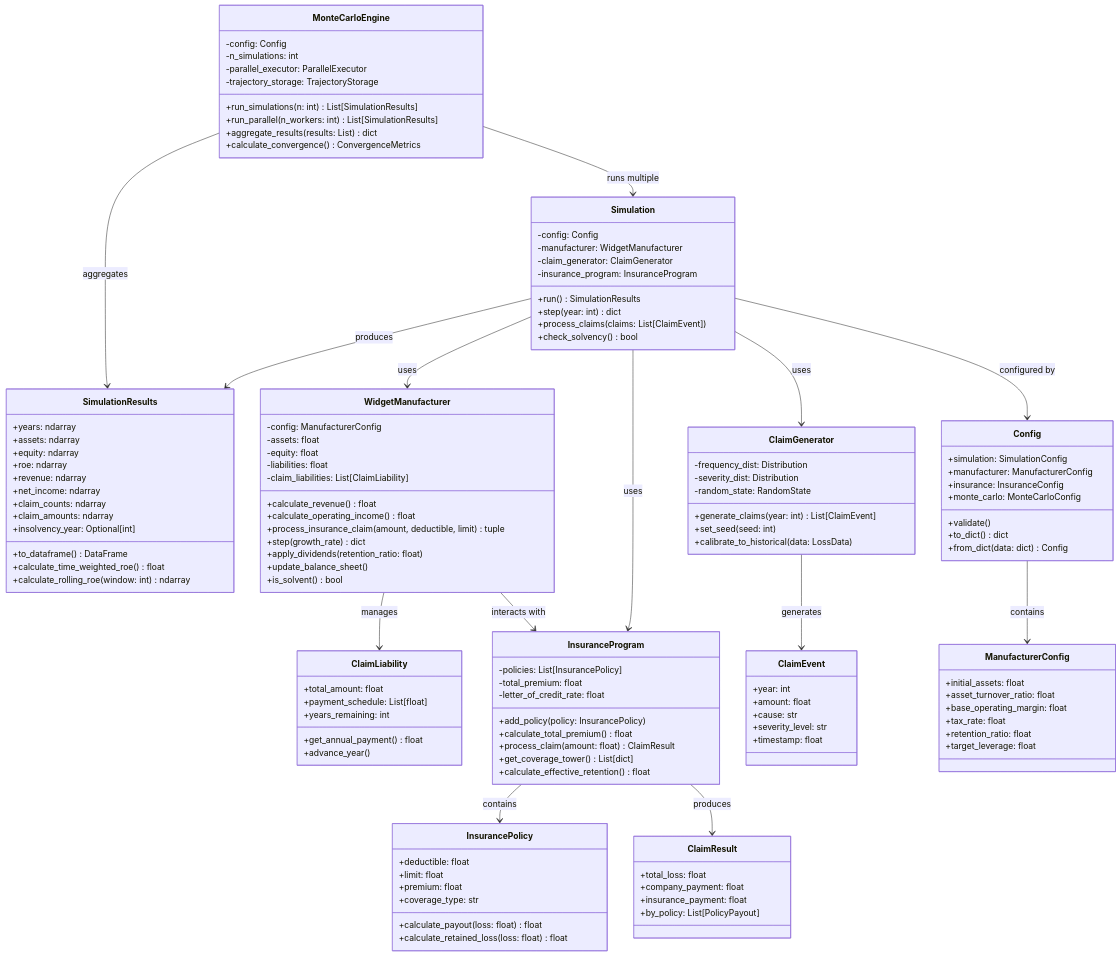
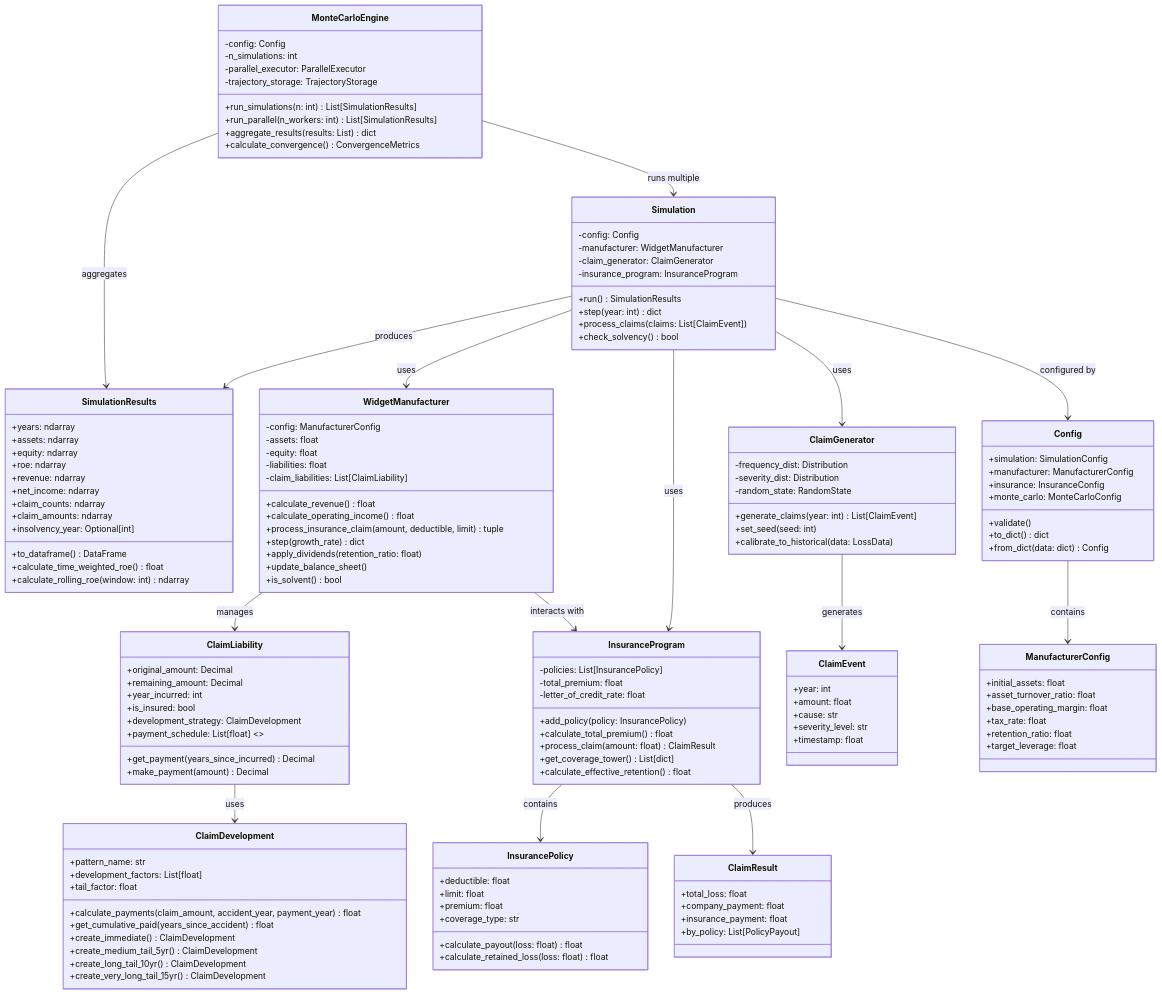
The first of 2 diagrams in ergodic_insurance/docs/architecture/class_diagrams/core_classes.md (AlexFiliakov/Ergodic-Insurance-Limits), drawn with Mermaid before and after one commit. The commit also changed 3 other files, not shown here.

First line of the commit message:
refactor: Integrate ClaimLiability with ClaimDevelopment using Strategy Pattern (#274) (#287)

```diff
--- a/ergodic_insurance/docs/architecture/class_diagrams/core_classes.md
+++ b/ergodic_insurance/docs/architecture/class_diagrams/core_classes.md
@@ -59,12 +59,29 @@
     }
 
     class ClaimLiability {
-        +total_amount: float
-        +payment_schedule: List[float]
-        +years_remaining: int
-        +get_annual_payment() float
-        +advance_year()
+        +original_amount: Decimal
+        +remaining_amount: Decimal
+        +year_incurred: int
+        +is_insured: bool
+        +development_strategy: ClaimDevelopment
+        +payment_schedule: List[float]  <<property>>
+        +get_payment(years_since_incurred) Decimal
+        +make_payment(amount) Decimal
     }
+
+    class ClaimDevelopment {
+        +pattern_name: str
+        +development_factors: List[float]
+        +tail_factor: float
+        +calculate_payments(claim_amount, accident_year, payment_year) float
+        +get_cumulative_paid(years_since_accident) float
+        +create_immediate() ClaimDevelopment
+        +create_medium_tail_5yr() ClaimDevelopment
+        +create_long_tail_10yr() ClaimDevelopment
+        +create_very_long_tail_15yr() ClaimDevelopment
+    }
+
+    ClaimLiability --> ClaimDevelopment : uses
 
     %% Insurance Classes
     class InsurancePolicy {
```
